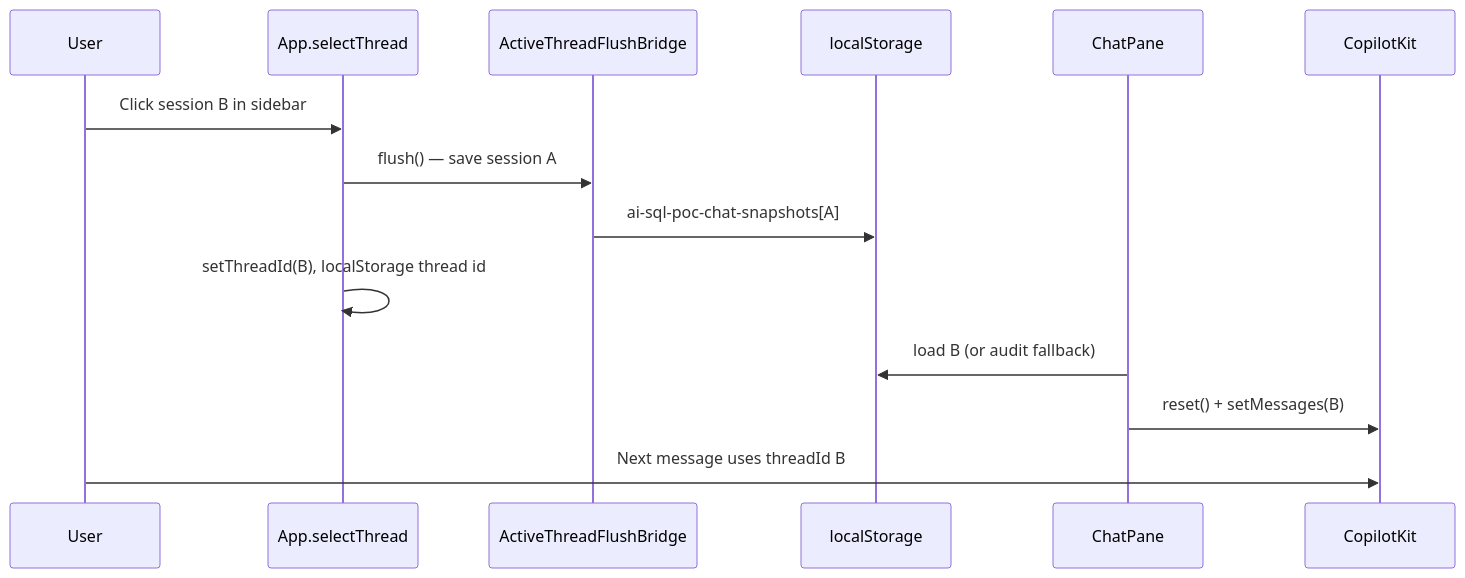
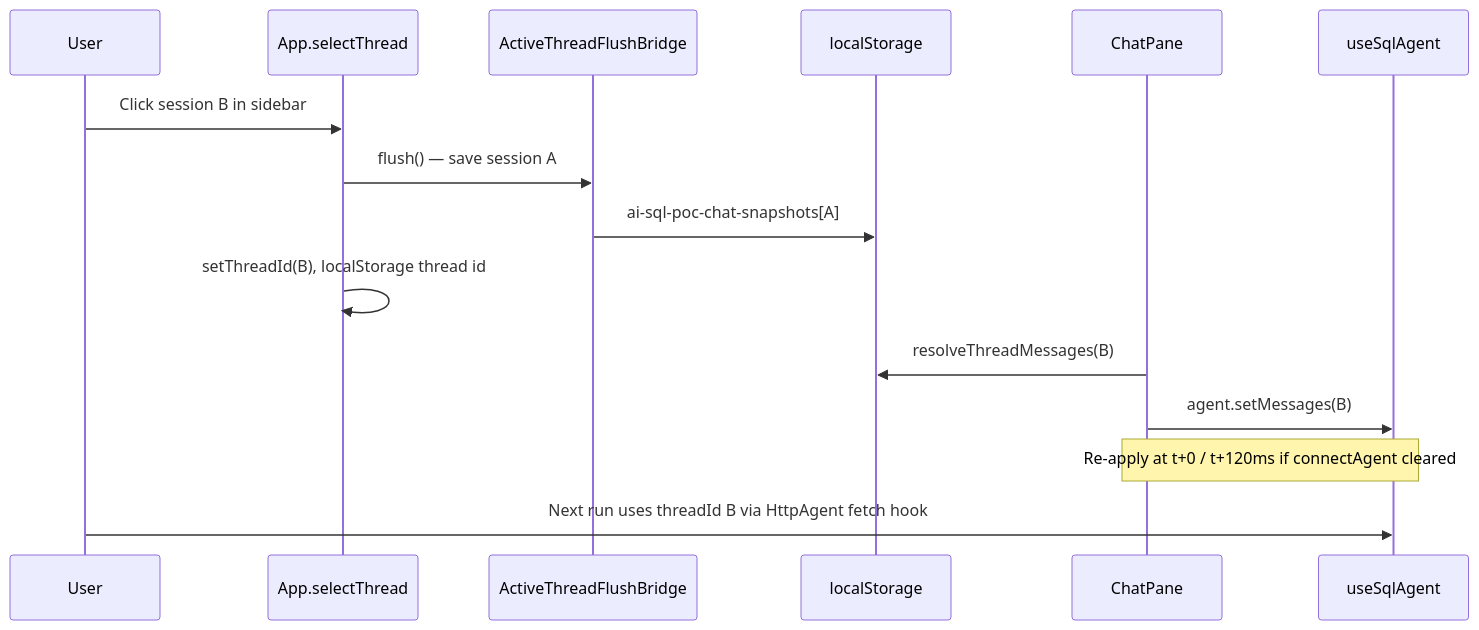
One commit to amber-siru-lin/ai-sql-poc changed the diagram in docs/solutions/chat-memory-and-session-learnings.md. Above: the diagram before and after it, drawn with Mermaid. The commit also changed other lines of this file and 19 other files, not shown here.

````diff
--- a/docs/solutions/chat-memory-and-session-learnings.md
+++ b/docs/solutions/chat-memory-and-session-learnings.md
@@ -58,17 +61,18 @@
 ```mermaid
 sequenceDiagram
   participant User
   participant App as App.selectThread
   participant Flush as ActiveThreadFlushBridge
   participant LS as localStorage
   participant Pane as ChatPane
-  participant CK as CopilotKit
+  participant Agent as useSqlAgent
 
   User->>App: Click session B in sidebar
   App->>Flush: flush() — save session A
   Flush->>LS: ai-sql-poc-chat-snapshots[A]
   App->>App: setThreadId(B), localStorage thread id
-  Pane->>LS: load B (or audit fallback)
-  Pane->>CK: reset() + setMessages(B)
-  User->>CK: Next message uses threadId B
+  Pane->>LS: resolveThreadMessages(B)
+  Pane->>Agent: agent.setMessages(B)
+  Note over Pane,Agent: Re-apply at t+0 / t+120ms if connectAgent cleared
+  User->>Agent: Next run uses threadId B via HttpAgent fetch hook
 ```
````
